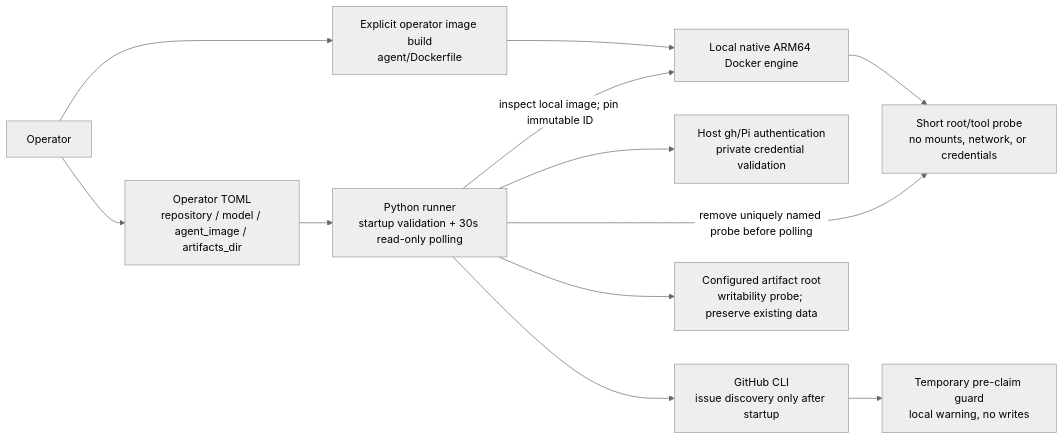
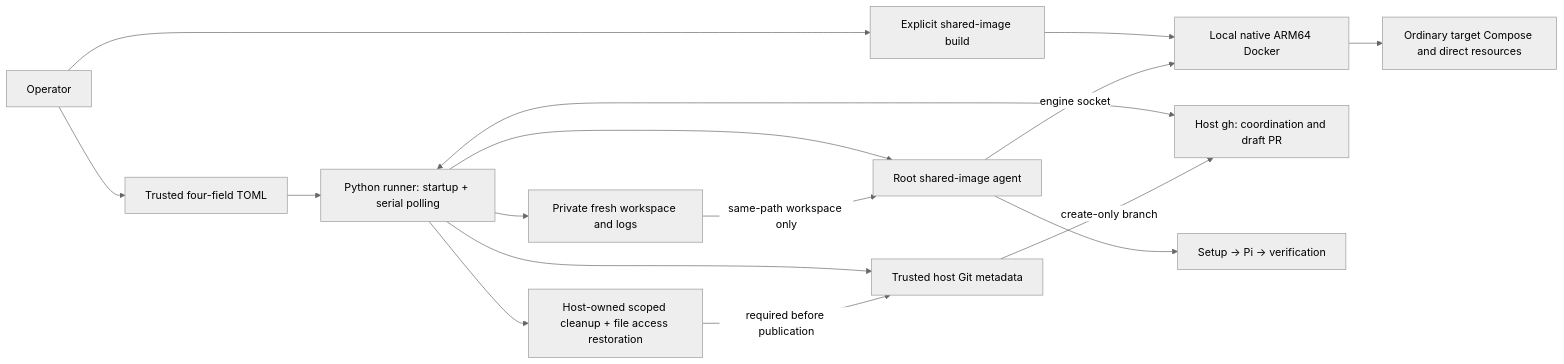
One commit to TeroTS/software-factory-v2 changed the diagram in docs/architecture/service-architecture.md. Above: the diagram before and after it, drawn with Mermaid (neutral theme). The commit also changed other lines of this file and 29 other files, not shown here.

Commit message:
Implement shared-image issue execution with direct Docker commands

````diff
--- a/docs/architecture/service-architecture.md
+++ b/docs/architecture/service-architecture.md
@@ -20,25 +17,18 @@
 ```mermaid
 flowchart LR
-    OP[Operator]
-    CONFIG["Operator TOML<br/>repository / model / agent_image / artifacts_dir"]
-    BUILD["Explicit operator image build<br/>agent/Dockerfile"]
-    RUN["Python runner<br/>startup validation + 30s read-only polling"]
-    ENGINE["Local native ARM64 Docker engine"]
-    PROBE["Short root/tool probe<br/>no mounts, network, or credentials"]
-    AUTH["Host gh/Pi authentication<br/>private credential validation"]
-    GH["GitHub CLI<br/>issue discovery only after startup"]
-    GUARD["Temporary pre-claim guard<br/>local warning, no writes"]
-    ART["Configured artifact root<br/>writability probe; preserve existing data"]
-
-    OP --> CONFIG
-    OP --> BUILD
-    BUILD --> ENGINE
-    CONFIG --> RUN
-    RUN --> AUTH
-    RUN --> ART
-    RUN -->|"inspect local image; pin immutable ID"| ENGINE
-    ENGINE --> PROBE
-    RUN -->|"remove uniquely named probe before polling"| PROBE
-    RUN --> GH
-    GH --> GUARD
+    OP[Operator] --> CONFIG[Trusted four-field TOML]
+    OP --> BUILD[Explicit shared-image build]
+    BUILD --> ENGINE[Local native ARM64 Docker]
+    CONFIG --> RUN[Python runner: startup + serial polling]
+    RUN <--> GH[Host gh: coordination and draft PR]
+    RUN --> GIT[Trusted host Git metadata]
+    RUN --> ART[Private fresh workspace and logs]
+    RUN --> AGENT[Root shared-image agent]
+    ART -->|same-path workspace only| AGENT
+    AGENT -->|engine socket| ENGINE
+    ENGINE --> SERVICES[Ordinary target Compose and direct resources]
+    AGENT --> WORK[Setup → Pi → verification]
+    RUN --> CLEAN[Host-owned scoped cleanup + file access restoration]
+    CLEAN -->|required before publication| GIT
+    GIT -->|create-only branch| GH
 ```
````
